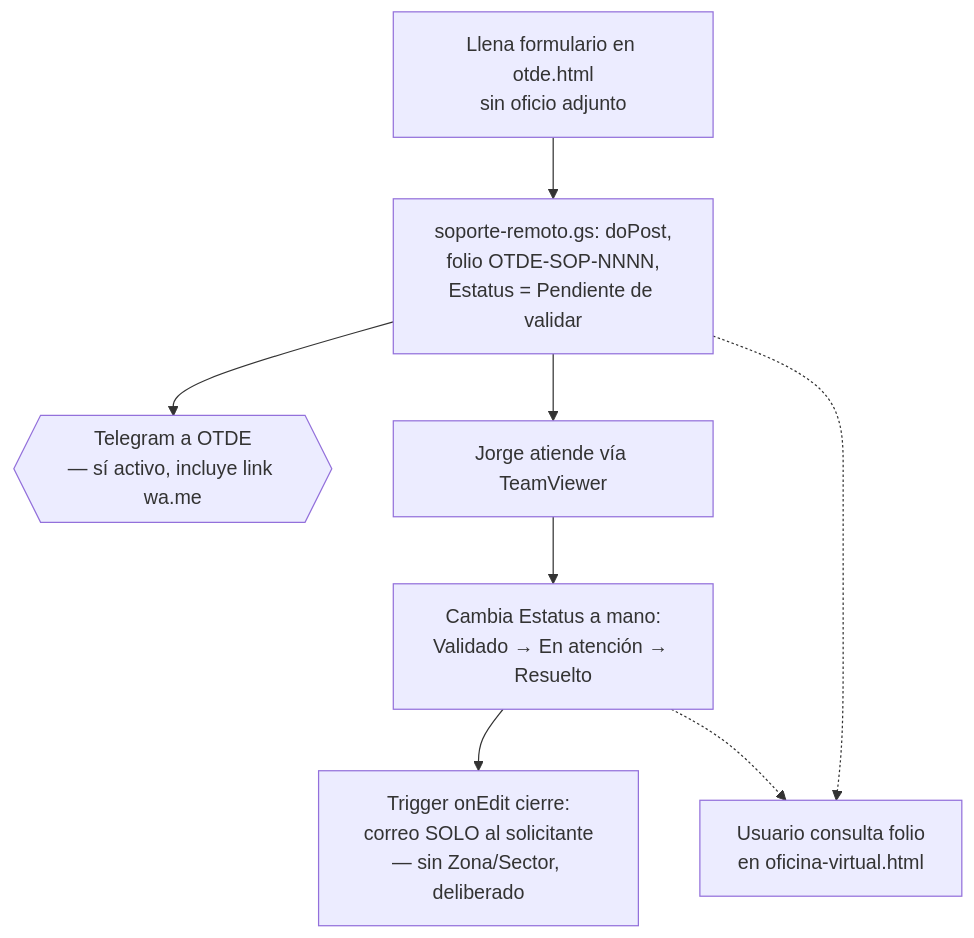
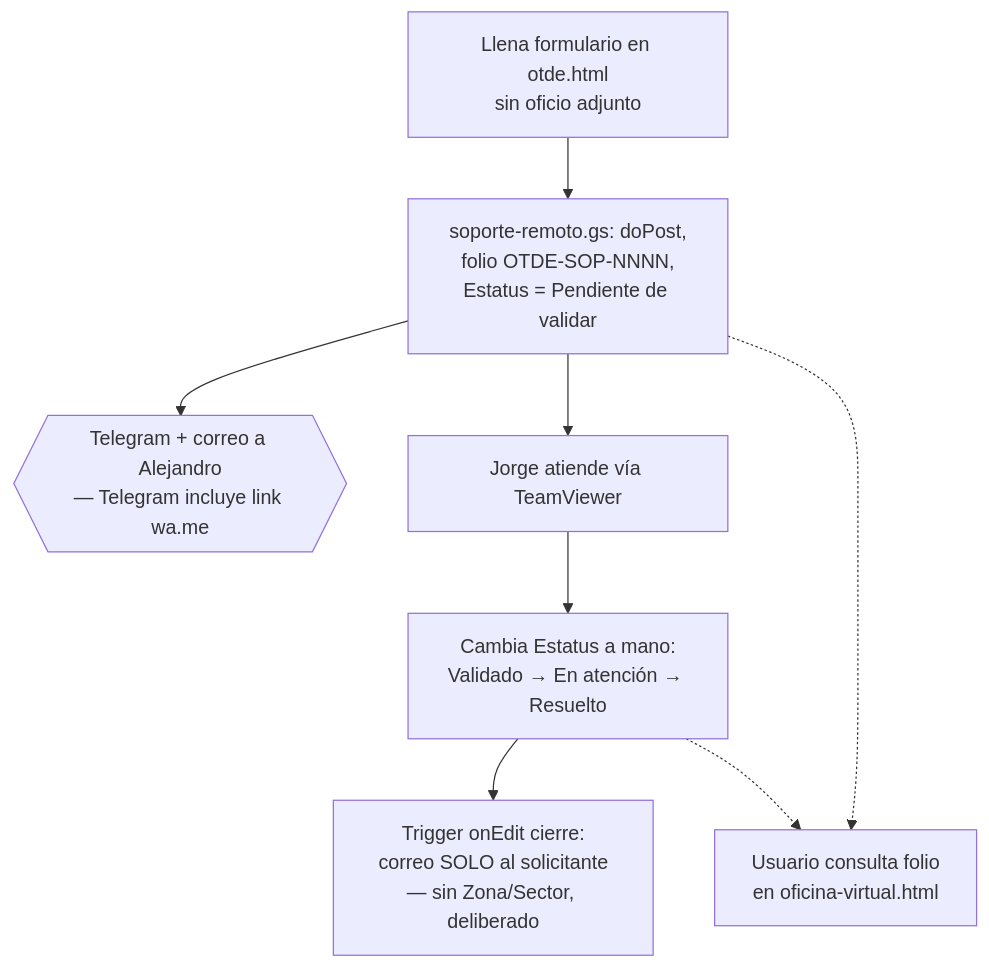
The third of 5 diagrams in docs/ARCHITECTURE.md (educaneza/seprn-sitio), drawn with Mermaid before and after one commit. The commit also changed other lines of this file and 3 other files, not shown here.

````diff
--- a/docs/ARCHITECTURE.md
+++ b/docs/ARCHITECTURE.md
@@ -1347,15 +1348,15 @@
 ```mermaid
 flowchart TD
     A[Llena formulario en otde.html<br/>sin oficio adjunto]
     B[soporte-remoto.gs: doPost,<br/>folio OTDE-SOP-NNNN,<br/>Estatus = Pendiente de validar]
-    C{{Telegram a OTDE<br/>— sí activo, incluye link wa.me}}
+    C{{Telegram + correo a Alejandro<br/>— Telegram incluye link wa.me}}
     D[Jorge atiende vía TeamViewer]
     E[Cambia Estatus a mano:<br/>Validado → En atención → Resuelto]
     F[Trigger onEdit cierre:<br/>correo SOLO al solicitante<br/>— sin Zona/Sector, deliberado]
     G[Usuario consulta folio<br/>en oficina-virtual.html]
 
     A --> B --> C
     B --> D --> E --> F
     B -.-> G
     E -.-> G
 ```
````
